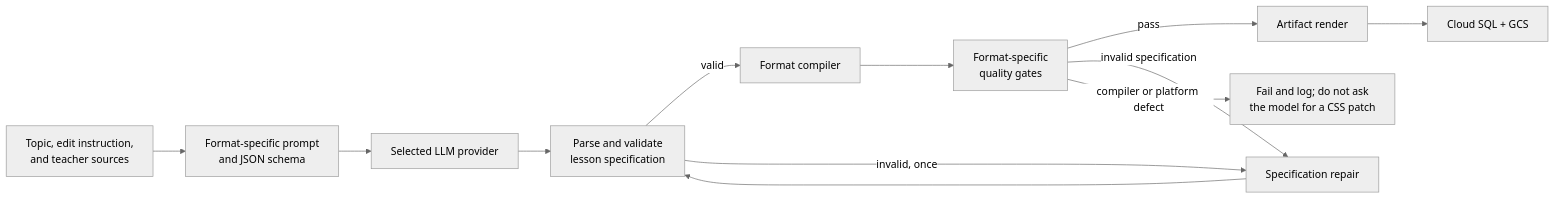
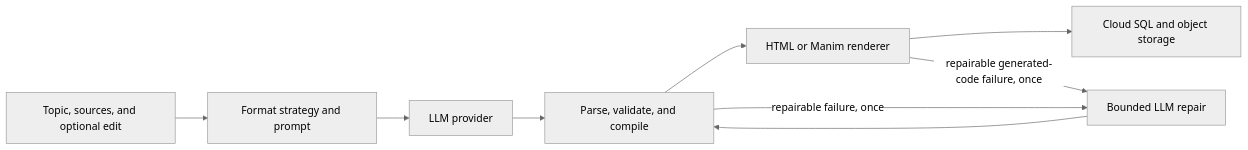
One commit to avarzhou-ctrl/Chalksmith.ai changed the diagram in doc/LAYOUT.md. Above: the diagram before and after it, drawn with Mermaid (neutral theme). The commit also changed other lines of this file and 39 other files, not shown here.

````diff
--- a/doc/LAYOUT.md
+++ b/doc/LAYOUT.md
@@ -119,17 +24,13 @@
 ```mermaid
 flowchart LR
-    Request["Topic, edit instruction,<br/>and teacher sources"]
-    Prompt["Format-specific prompt<br/>and JSON schema"]
-    LLM["Selected LLM provider"]
-    Parse["Parse and validate<br/>lesson specification"]
-    Compile["Format compiler"]
-    Gate["Format-specific<br/>quality gates"]
-    Render["Artifact render"]
-    Store["Cloud SQL + GCS"]
+    Request["Topic, sources, and optional edit"]
+    Strategy["Format strategy and prompt"]
+    LLM["LLM provider"]
+    Prepare["Parse, validate, and compile"]
+    Render["HTML or Manim renderer"]
+    Store["Cloud SQL and object storage"]
 
-    Request --> Prompt --> LLM --> Parse
-    Parse -->|valid| Compile --> Gate -->|pass| Render --> Store
-    Parse -->|invalid, once| Repair["Specification repair"] --> Parse
-    Gate -->|invalid specification| Repair
-    Gate -->|compiler or platform defect| Fail["Fail and log; do not ask<br/>the model for a CSS patch"]
+    Request --> Strategy --> LLM --> Prepare --> Render --> Store
+    Prepare -->|repairable failure, once| Repair["Bounded LLM repair"] --> Prepare
+    Render -->|repairable generated-code failure, once| Repair
 ```
````
